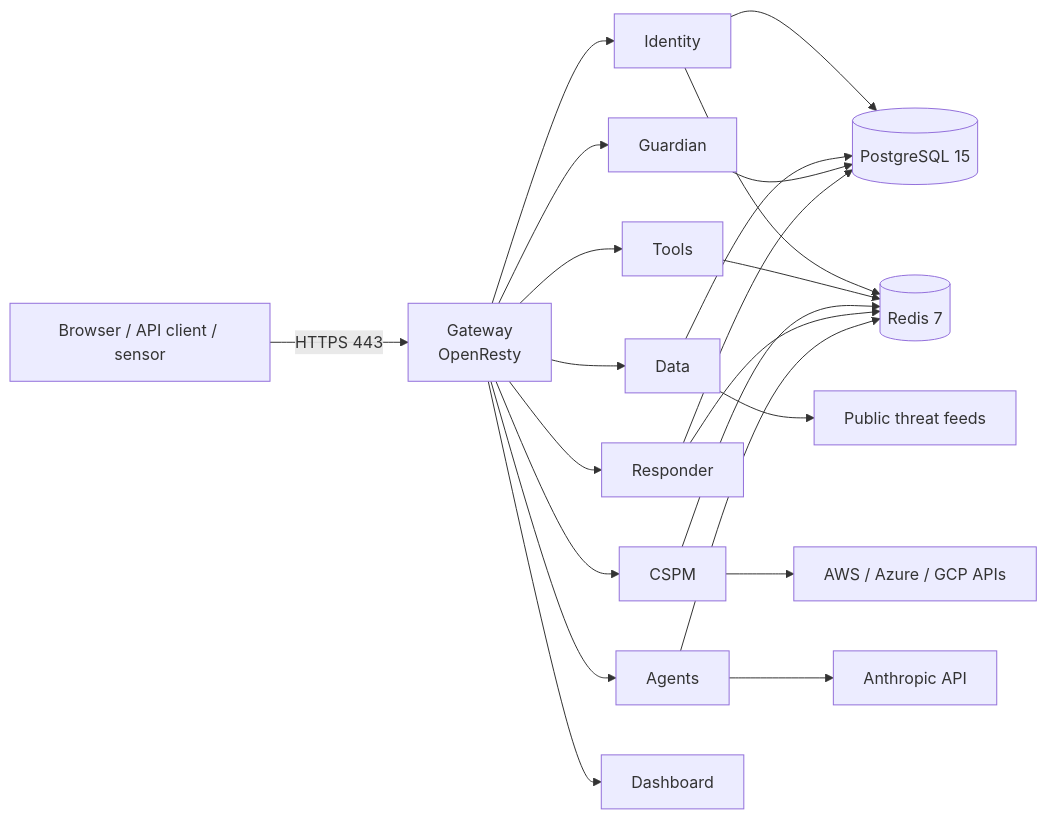
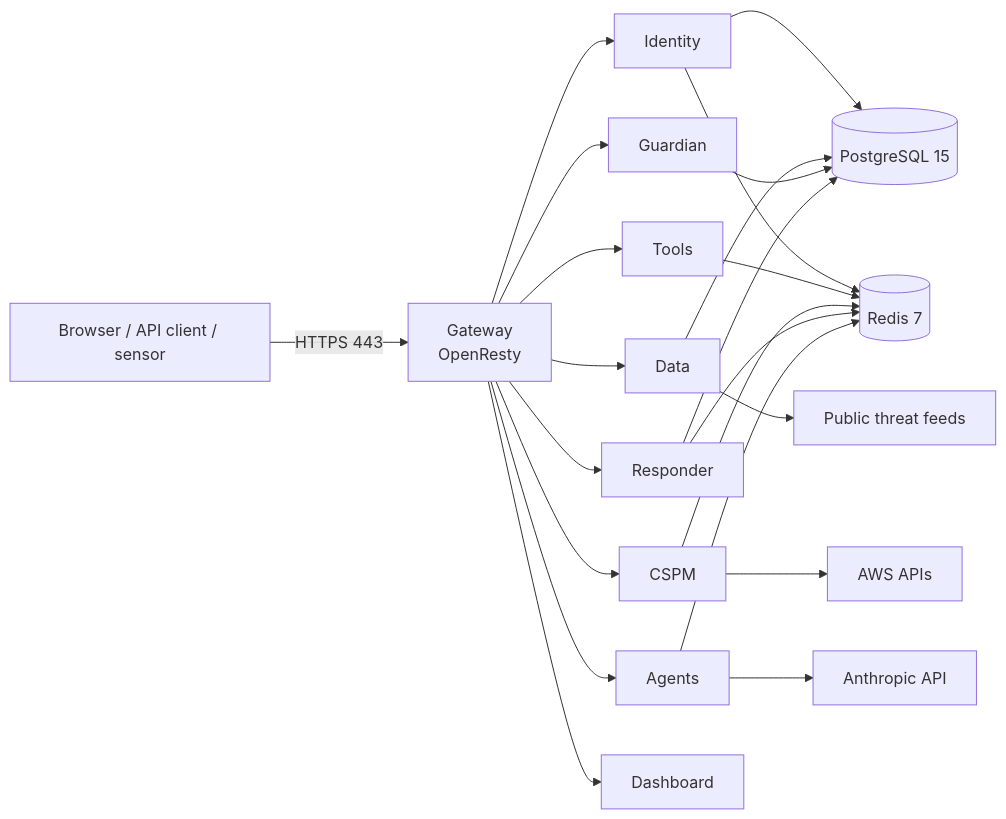
Before and after one commit to fabriziosalmi/wildbox: the diagram in README.md, drawn with Mermaid. The commit also changed other lines of this file and 35 other files, not shown here.

````diff
--- a/README.md
+++ b/README.md
@@ -48,24 +48,24 @@
 ```mermaid
 flowchart LR
     client[Browser / API client / sensor] -->|HTTPS 443| gateway[Gateway<br/>OpenResty]
     gateway --> identity[Identity]
     gateway --> tools[Tools]
     gateway --> data[Data]
     gateway --> cspm[CSPM]
     gateway --> guardian[Guardian]
     gateway --> responder[Responder]
     gateway --> agents[Agents]
     gateway --> dashboard[Dashboard]
     identity --> pg[(PostgreSQL 15)]
     data --> pg
     guardian --> pg
     responder --> pg
     identity --> redis[(Redis 7)]
     tools --> redis
     cspm --> redis
     responder --> redis
     agents --> redis
     agents --> claude[Anthropic API]
-    cspm --> clouds[AWS / Azure / GCP APIs]
+    cspm --> clouds[AWS APIs]
     data --> feeds[Public threat feeds]
 ```
````
